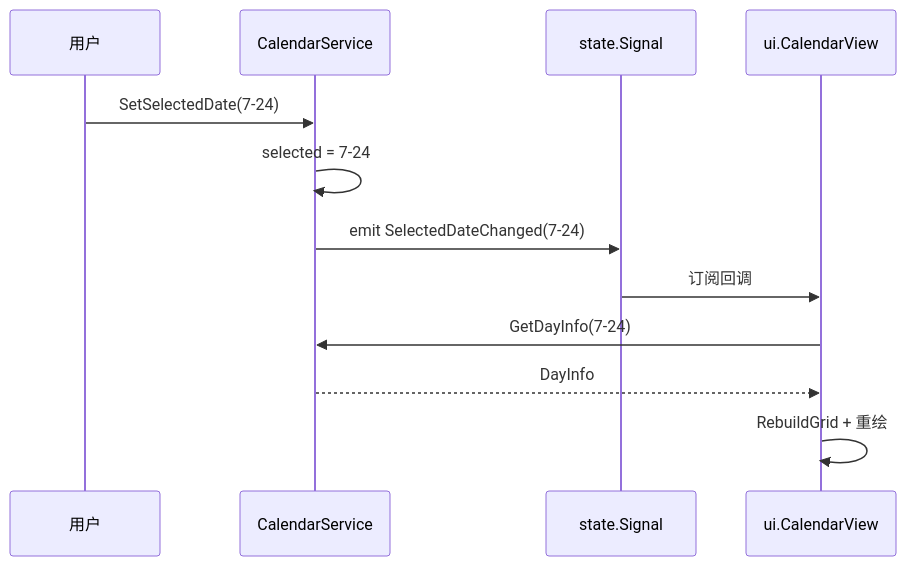
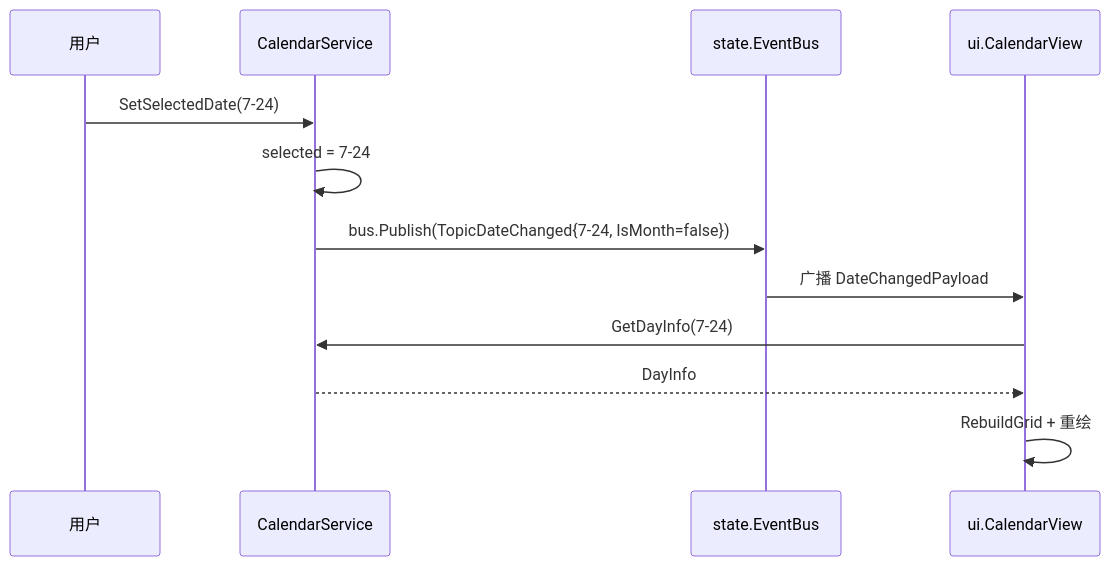
The third of 4 diagrams in docs/50-Calendar/Calendar.md (shaolei/DeskCalendar), drawn with Mermaid before and after one commit. The commit also changed other lines of this file and 7 other files, not shown here.

````diff
--- a/docs/50-Calendar/Calendar.md
+++ b/docs/50-Calendar/Calendar.md
@@ -125,14 +127,14 @@
 ```mermaid
 sequenceDiagram
     participant U as 用户
     participant CS as CalendarService
-    participant S as state.Signal
+    participant S as state.EventBus
     participant V as ui.CalendarView
     U->>CS: SetSelectedDate(7-24)
     CS->>CS: selected = 7-24
-    CS->>S: emit SelectedDateChanged(7-24)
-    S->>V: 订阅回调
+    CS->>S: bus.Publish(TopicDateChanged{7-24, IsMonth=false})
+    S->>V: 广播 DateChangedPayload
     V->>CS: GetDayInfo(7-24)
     CS-->>V: DayInfo
     V->>V: RebuildGrid + 重绘
 ```
````
